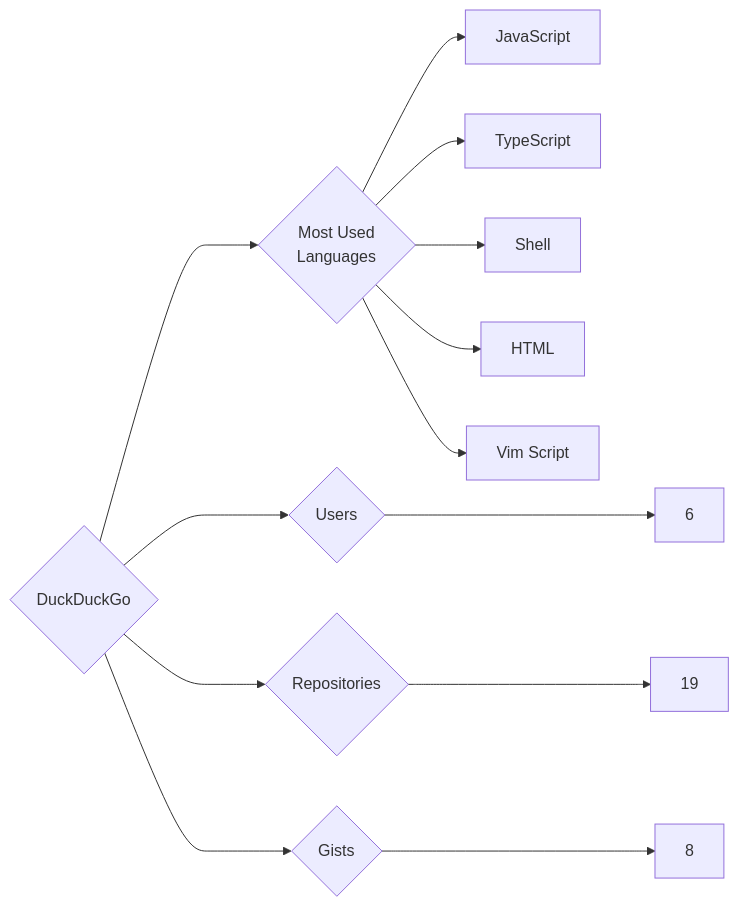
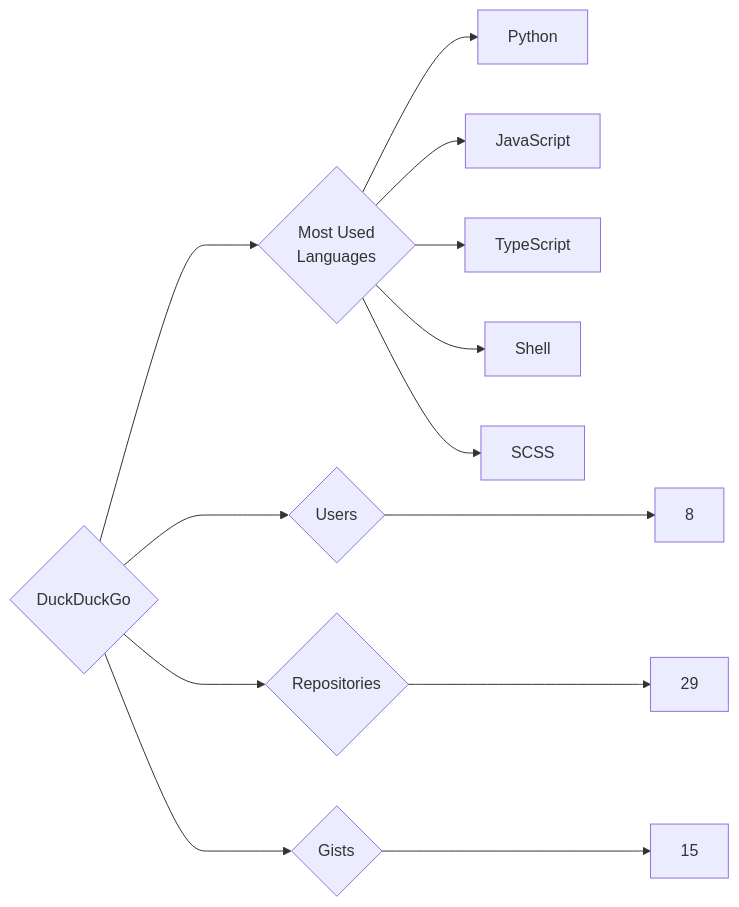
One commit to trickest/insiders changed the diagram in targets/DuckDuckGo/README.md. Above: the diagram before and after it, drawn with Mermaid. The commit also changed 873 other files, not shown here.

````diff
--- a/targets/DuckDuckGo/README.md
+++ b/targets/DuckDuckGo/README.md
@@ -3,13 +3,13 @@
 ```mermaid
 graph LR
 COMPANY_NAME{DuckDuckGo}
-COMPANY_NAME ---> U{Users} ---> UN[6]
-COMPANY_NAME ---> R{Repositories} ---> RN[19]
-COMPANY_NAME ---> G{Gists} ---> GN[8]
+COMPANY_NAME ---> U{Users} ---> UN[8]
+COMPANY_NAME ---> R{Repositories} ---> RN[29]
+COMPANY_NAME ---> G{Gists} ---> GN[15]
 COMPANY_NAME ---> ML{Most Used<br>Languages}
+ML --> Python[Python]
 ML --> JavaScript[JavaScript]
 ML --> TypeScript[TypeScript]
 ML --> Shell[Shell]
-ML --> HTML[HTML]
-ML --> Vim_Script[Vim Script]
+ML --> SCSS[SCSS]
 ```
````
